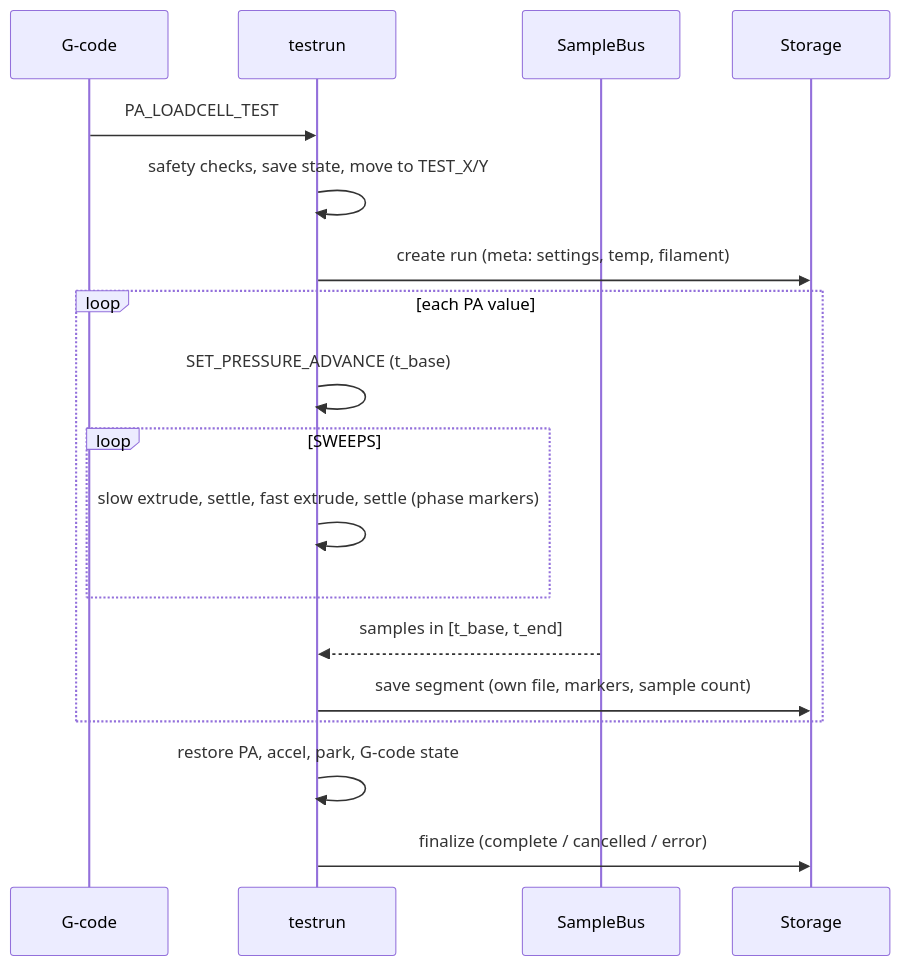
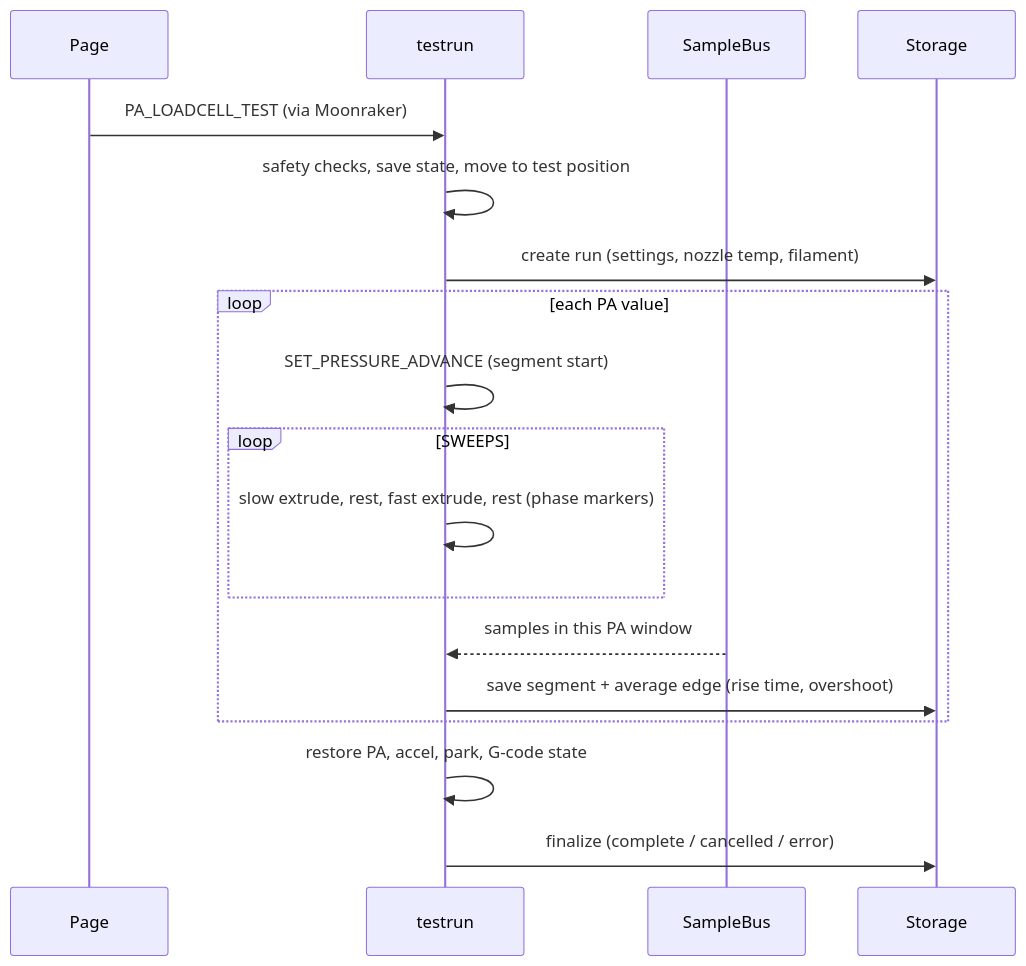
The second of 2 diagrams in README.md (VcikeyTheCoder/piro-air-pa-calibrator), drawn with Mermaid before and after one commit. The commit also changed other lines of this file and 12 other files, not shown here.

````diff
--- a/README.md
+++ b/README.md
@@ -112,20 +143,20 @@
 ```mermaid
 sequenceDiagram
-  participant G as G-code
+  participant U as Page
   participant T as testrun
   participant B as SampleBus
   participant S as Storage
-  G->>T: PA_LOADCELL_TEST
-  T->>T: safety checks, save state, move to TEST_X/Y
-  T->>S: create run (meta: settings, temp, filament)
+  U->>T: PA_LOADCELL_TEST (via Moonraker)
+  T->>T: safety checks, save state, move to test position
+  T->>S: create run (settings, nozzle temp, filament)
   loop each PA value
-    T->>T: SET_PRESSURE_ADVANCE (t_base)
+    T->>T: SET_PRESSURE_ADVANCE (segment start)
     loop SWEEPS
-      T->>T: slow extrude, settle, fast extrude, settle (phase markers)
+      T->>T: slow extrude, rest, fast extrude, rest (phase markers)
     end
-    B-->>T: samples in [t_base, t_end]
-    T->>S: save segment (own file, markers, sample count)
+    B-->>T: samples in this PA window
+    T->>S: save segment + average edge (rise time, overshoot)
   end
   T->>T: restore PA, accel, park, G-code state
   T->>S: finalize (complete / cancelled / error)
 ```
````
